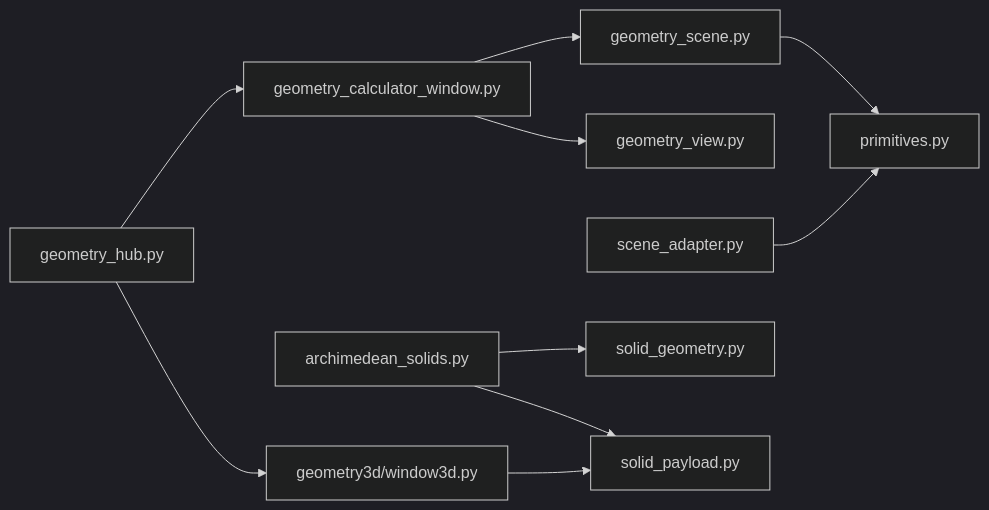
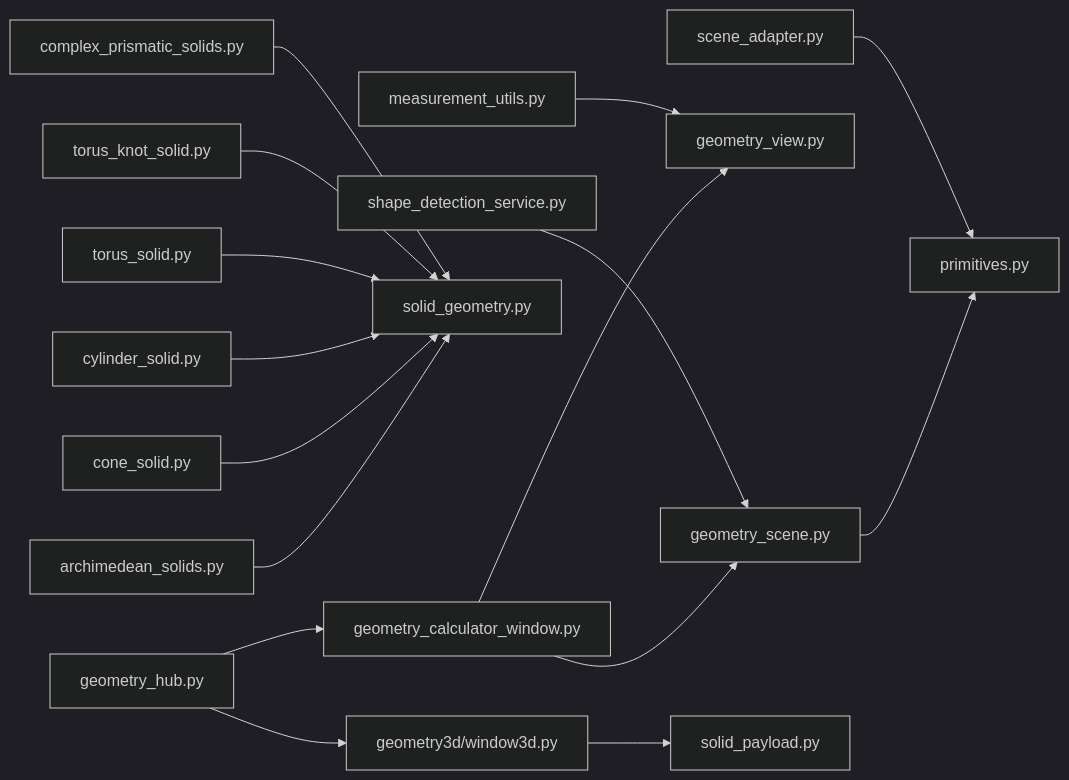
Before and after one commit to TheDaniel166/IsopGem: the eighth of 8 diagrams in .qoder/repowiki/en/content/Architecture Overview/Pillar-Based Architecture/Geometry Pillar/Geometry Pillar.md, drawn with Mermaid (dark theme). The commit also changed other lines of this file and 29 other files, not shown here.

````diff
--- a/.qoder/repowiki/en/content/Architecture Overview/Pillar-Based Architecture/Geometry Pillar/Geometry Pillar.md
+++ b/.qoder/repowiki/en/content/Architecture Overview/Pillar-Based Architecture/Geometry Pillar/Geometry Pillar.md
@@ -382,12 +535,18 @@
 ```mermaid
 graph LR
 GH["geometry_hub.py"] --> GCW["geometry_calculator_window.py"]
 GH --> W3D["geometry3d/window3d.py"]
 GCW --> GSC["geometry_scene.py"]
 GCW --> GV["geometry_view.py"]
 GSC --> PR["primitives.py"]
 SA["scene_adapter.py"] --> PR
 AS["archimedean_solids.py"] --> SG["solid_geometry.py"]
-AS --> SP["solid_payload.py"]
-W3D --> SP
+CS["cone_solid.py"] --> SG
+CY["cylinder_solid.py"] --> SG
+TS["torus_solid.py"] --> SG
+TK["torus_knot_solid.py"] --> SG
+CPS["complex_prismatic_solids.py"] --> SG
+SD["shape_detection_service.py"] --> GSC
+MU["measurement_utils.py"] --> GV
+W3D --> SP["solid_payload.py"]
 ```
````
